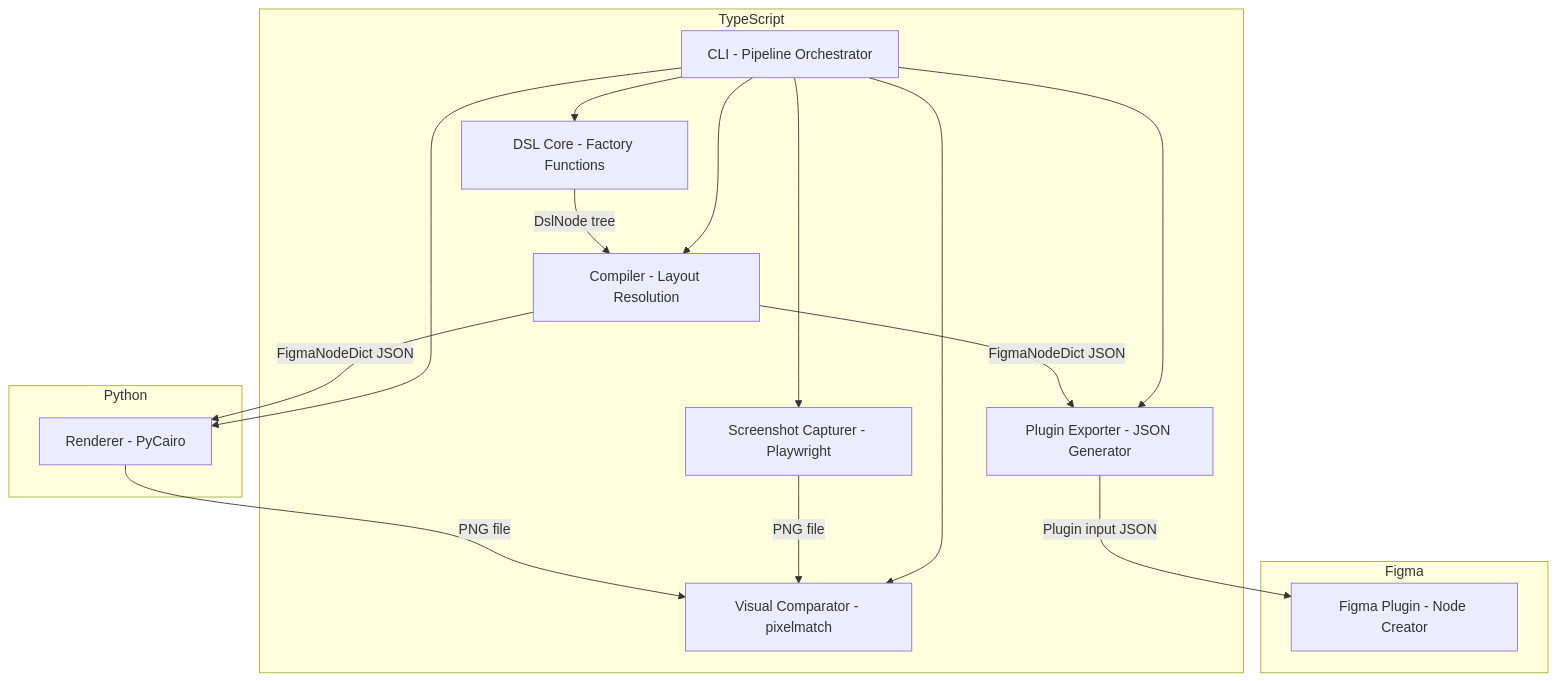
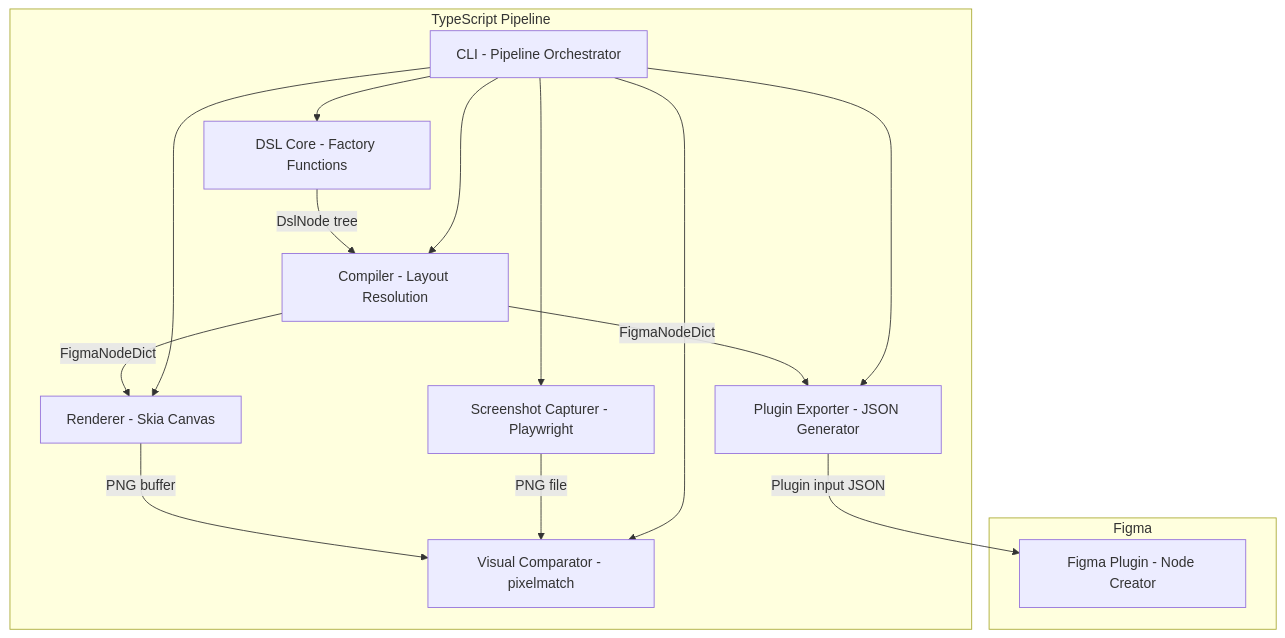
One commit to TETRA2000/figma-component-dsl changed the first of 4 diagrams in .kiro/specs/figma-component-dsl/design.md. Above: the diagram before and after it, drawn with Mermaid. The commit also changed other lines of this file and 2 other files, not shown here.

First line of the commit message:
Replace PyCairo with @napi-rs/canvas for single-language TypeScript pipeline

````diff
--- a/.kiro/specs/figma-component-dsl/design.md
+++ b/.kiro/specs/figma-component-dsl/design.md
@@ -33,32 +34,29 @@
 ```mermaid
 graph TB
-    subgraph TypeScript
+    subgraph TypeScript Pipeline
         DSL[DSL Core - Factory Functions]
         Compiler[Compiler - Layout Resolution]
+        Renderer[Renderer - Skia Canvas]
         Capturer[Screenshot Capturer - Playwright]
         Comparator[Visual Comparator - pixelmatch]
         Exporter[Plugin Exporter - JSON Generator]
         CLI[CLI - Pipeline Orchestrator]
-    end
-
-    subgraph Python
-        Renderer[Renderer - PyCairo]
     end
 
     subgraph Figma
         Plugin[Figma Plugin - Node Creator]
     end
 
     DSL -->|DslNode tree| Compiler
-    Compiler -->|FigmaNodeDict JSON| Renderer
-    Compiler -->|FigmaNodeDict JSON| Exporter
-    Renderer -->|PNG file| Comparator
+    Compiler -->|FigmaNodeDict| Renderer
+    Compiler -->|FigmaNodeDict| Exporter
+    Renderer -->|PNG buffer| Comparator
     Capturer -->|PNG file| Comparator
     Exporter -->|Plugin input JSON| Plugin
     CLI --> DSL
     CLI --> Compiler
     CLI --> Renderer
     CLI --> Capturer
     CLI --> Comparator
     CLI --> Exporter
 ```
````
